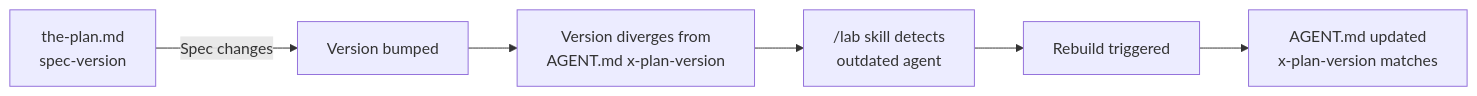
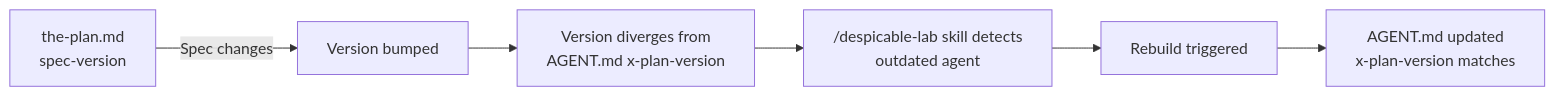
The second of 2 diagrams in docs/build-pipeline.md (benpeter/despicable-agents), drawn with Mermaid before and after one commit. The commit also changed other lines of this file and 13 other files, not shown here.

Commit message:
rename(lab): rename /lab skill to /despicable-lab for naming consistency

````diff
--- a/docs/build-pipeline.md
+++ b/docs/build-pipeline.md
@@ -137,12 +137,12 @@
 ```mermaid
 flowchart LR
     A["the-plan.md
     spec-version"] -->|Spec changes| B["Version bumped"]
     B --> C["Version diverges from
     AGENT.md x-plan-version"]
-    C --> D["/lab skill detects
+    C --> D["/despicable-lab skill detects
     outdated agent"]
     D --> E["Rebuild triggered"]
     E --> F["AGENT.md updated
     x-plan-version matches"]
 ```
````
